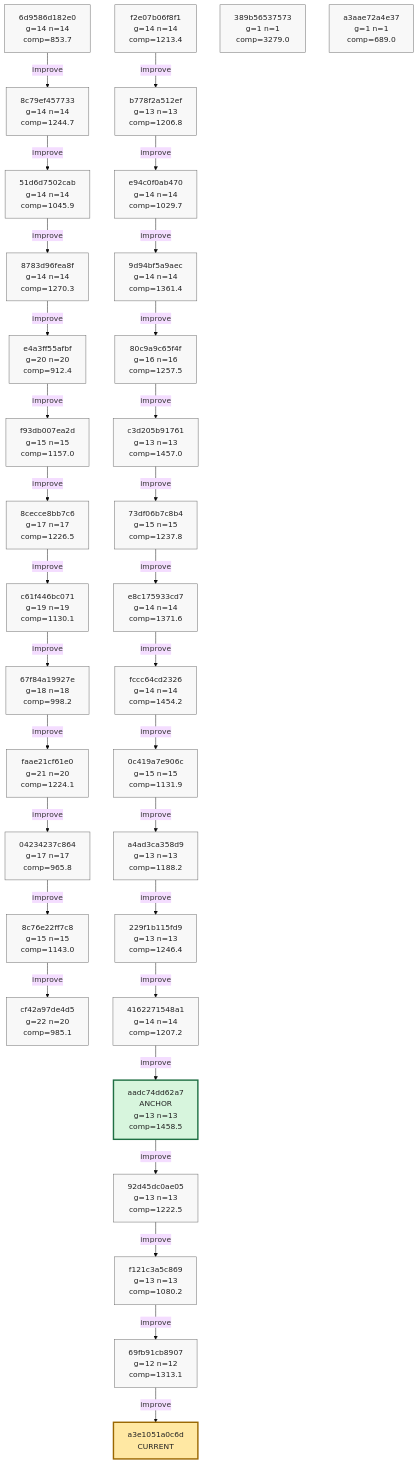
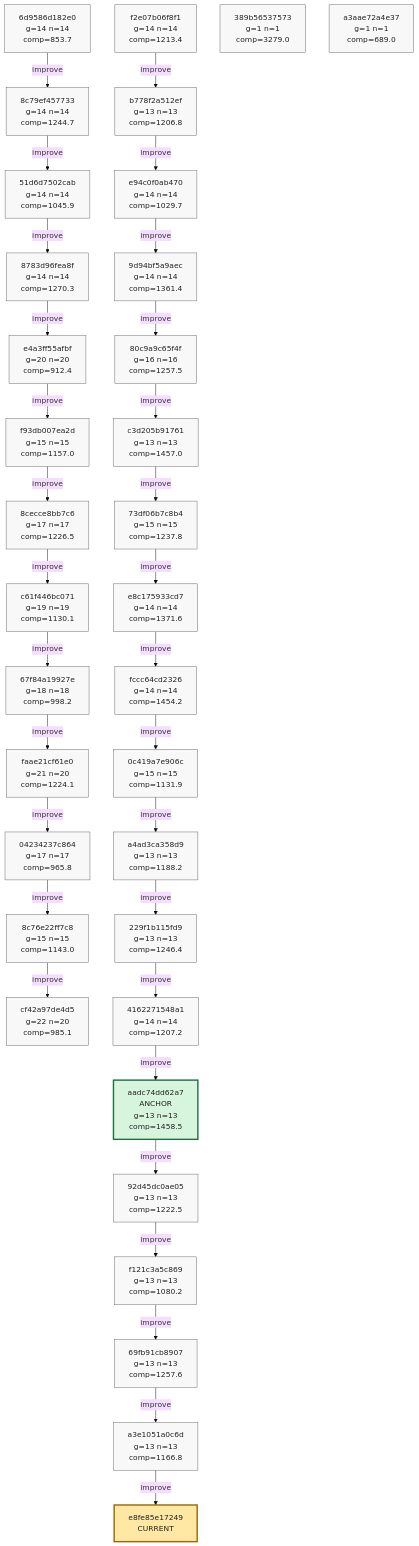
One commit to azumag/soviet_now changed the eighth of 8 diagrams in phyrogenetic-tree.md. Above: the diagram before and after it, drawn with Mermaid (base theme). The commit also changed other lines of this file and 2 other files, not shown here.

Commit message:
eloop Improve after 12 games (scores: 747 761 1489 1799 1761 1490 1218 1015 1264 2672 1001 1579)

````diff
--- a/phyrogenetic-tree.md
+++ b/phyrogenetic-tree.md
@@ -1943,10 +1943,11 @@
     h_aadc74dd62a7["aadc74dd62a7<br/>ANCHOR<br/>g=13 n=13<br/>comp=1458.5"]
     h_92d45dc0ae05["92d45dc0ae05<br/>g=13 n=13<br/>comp=1222.5"]
     h_f121c3a5c869["f121c3a5c869<br/>g=13 n=13<br/>comp=1080.2"]
-    h_69fb91cb8907["69fb91cb8907<br/>g=12 n=12<br/>comp=1313.1"]
+    h_69fb91cb8907["69fb91cb8907<br/>g=13 n=13<br/>comp=1257.6"]
+    h_a3e1051a0c6d["a3e1051a0c6d<br/>g=13 n=13<br/>comp=1166.8"]
     h_389b56537573["389b56537573<br/>g=1 n=1<br/>comp=3279.0"]
     h_a3aae72a4e37["a3aae72a4e37<br/>g=1 n=1<br/>comp=689.0"]
-    h_a3e1051a0c6d["a3e1051a0c6d<br/>CURRENT"]
+    h_e8fe85e17249["e8fe85e17249<br/>CURRENT"]
 
     h_6d9586d182e0 -->|improve| h_8c79ef457733
     h_8c79ef457733 -->|improve| h_51d6d7502cab
@@ -1977,6 +1978,7 @@
     h_92d45dc0ae05 -->|improve| h_f121c3a5c869
     h_f121c3a5c869 -->|improve| h_69fb91cb8907
     h_69fb91cb8907 -->|improve| h_a3e1051a0c6d
+    h_a3e1051a0c6d -->|improve| h_e8fe85e17249
 
     classDef plain fill:#f8f8f8,stroke:#666,stroke-width:1px,color:#222;
     classDef current fill:#ffe8a3,stroke:#9a6700,stroke-width:3px,color:#222;
@@ -2013,7 +2015,8 @@
     class h_92d45dc0ae05 plain;
     class h_f121c3a5c869 plain;
     class h_69fb91cb8907 plain;
+    class h_a3e1051a0c6d plain;
     class h_389b56537573 plain;
     class h_a3aae72a4e37 plain;
-    class h_a3e1051a0c6d current;
+    class h_e8fe85e17249 current;
 ```
````
